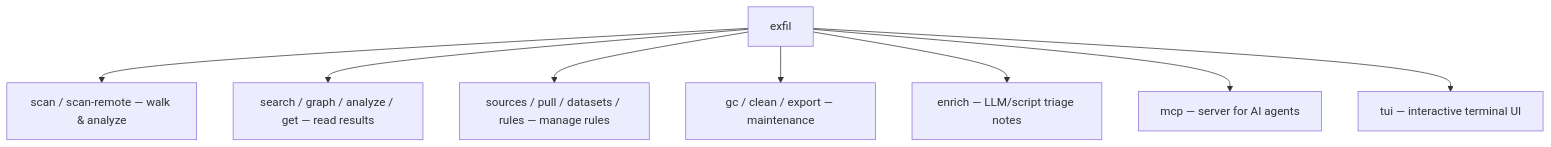
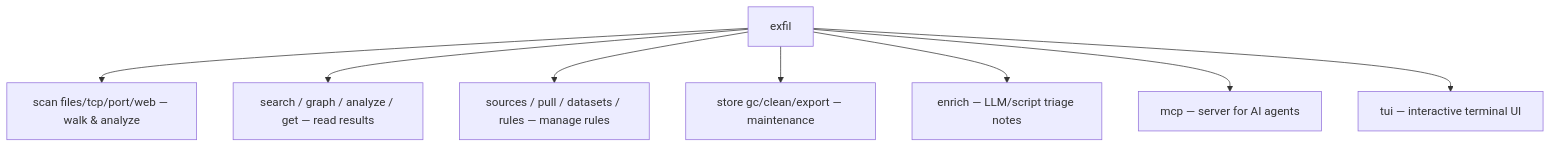
The first of 9 diagrams in docs/src/architecture/cli-tui.md (rangertaha/exfil), drawn with Mermaid before and after one commit. The commit also changed other lines of this file and 18 other files, not shown here.

````diff
--- a/docs/src/architecture/cli-tui.md
+++ b/docs/src/architecture/cli-tui.md
@@ -21,10 +21,10 @@
 ```mermaid
 flowchart TD
-    EXF["exfil"] --> SCAN["scan / scan-remote — walk & analyze"]
+    EXF["exfil"] --> SCAN["scan files/tcp/port/web — walk & analyze"]
     EXF --> QUERY["search / graph / analyze / get — read results"]
     EXF --> DATA["sources / pull / datasets / rules — manage rules"]
-    EXF --> MAINT["gc / clean / export — maintenance"]
+    EXF --> MAINT["store gc/clean/export — maintenance"]
     EXF --> ENR["enrich — LLM/script triage notes"]
     EXF --> SERVE["mcp — server for AI agents"]
     EXF --> UI["tui — interactive terminal UI"]
 ```
````
